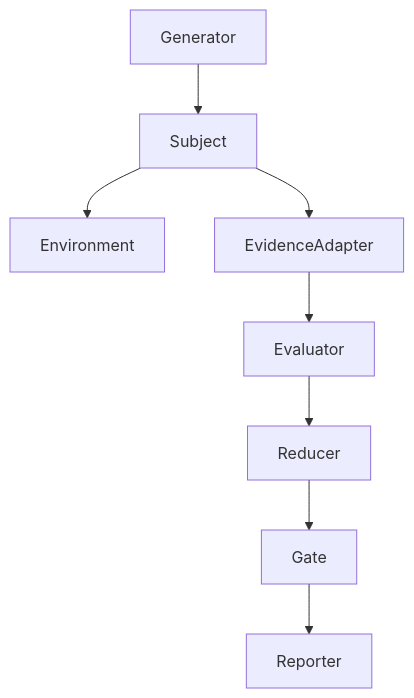
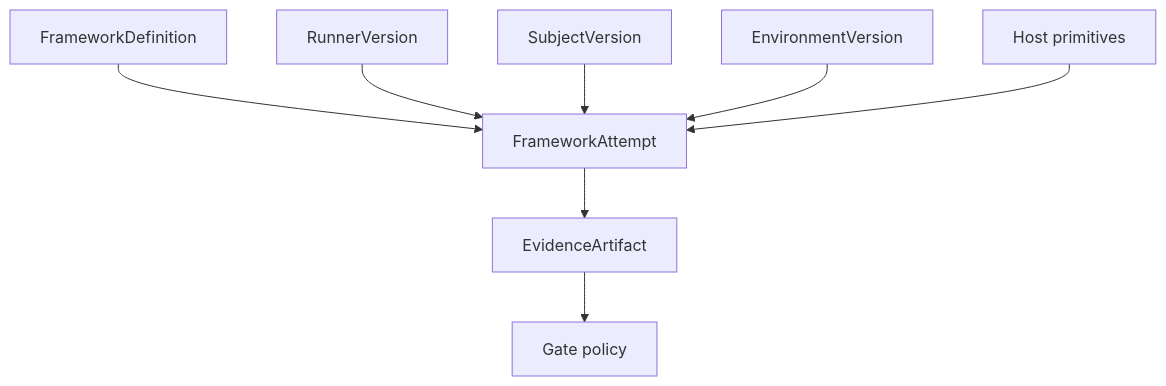
One commit to softprobe/document-website changed the first of 2 diagrams in en/evaluation/architecture/plugin-model.md. Above: the diagram before and after it, drawn with Mermaid. The commit also changed other lines of this file and 57 other files, not shown here.

````diff
--- a/en/evaluation/architecture/plugin-model.md
+++ b/en/evaluation/architecture/plugin-model.md
@@ -11,18 +13,17 @@
 ```mermaid
 flowchart TB
-  Gen[Generator]
-  Sub[Subject]
-  Env[Environment]
-  Adp[EvidenceAdapter]
-  Eval[Evaluator]
-  Red[Reducer]
-  Gate[Gate]
-  Rep[Reporter]
-  Gen --> Sub
-  Sub --> Env
-  Sub --> Adp
-  Adp --> Eval
-  Eval --> Red
-  Red --> Gate
-  Gate --> Rep
+  Def[FrameworkDefinition]
+  RunV[RunnerVersion]
+  Sub[SubjectVersion]
+  Env[EnvironmentVersion]
+  Host[Host primitives]
+  Att[FrameworkAttempt]
+  Ev[EvidenceArtifact]
+  Gate[Gate policy]
+  Def --> Att
+  RunV --> Att
+  Sub --> Att
+  Env --> Att
+  Host --> Att
+  Att --> Ev --> Gate
 ```
````
